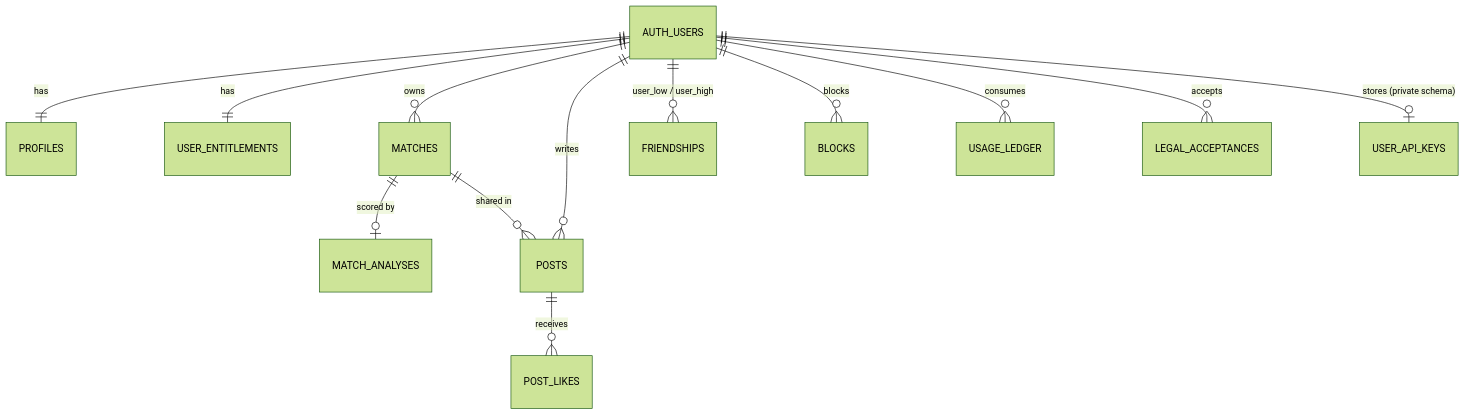
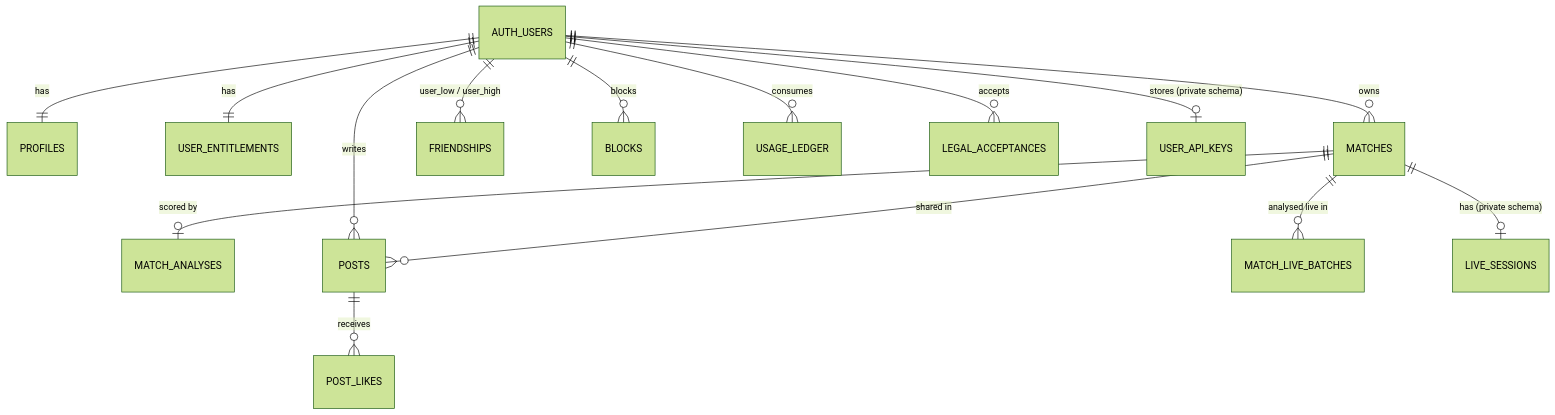
The fifth of 5 diagrams in docs/ARCHITECTURE.md (JawharSas/MatiQ), drawn with Mermaid (forest theme) before and after one commit. The commit also changed other lines of this file and 48 other files, not shown here.

````diff
--- a/docs/ARCHITECTURE.md
+++ b/docs/ARCHITECTURE.md
@@ -134,15 +190,17 @@
 ```mermaid
 erDiagram
   AUTH_USERS ||--|| PROFILES : has
   AUTH_USERS ||--|| USER_ENTITLEMENTS : has
   AUTH_USERS ||--o{ MATCHES : owns
   MATCHES ||--o| MATCH_ANALYSES : "scored by"
   AUTH_USERS ||--o{ POSTS : writes
   MATCHES ||--o{ POSTS : "shared in"
   POSTS ||--o{ POST_LIKES : receives
   AUTH_USERS ||--o{ FRIENDSHIPS : "user_low / user_high"
   AUTH_USERS ||--o{ BLOCKS : blocks
   AUTH_USERS ||--o{ USAGE_LEDGER : consumes
   AUTH_USERS ||--o{ LEGAL_ACCEPTANCES : accepts
   AUTH_USERS ||--o| USER_API_KEYS : "stores (private schema)"
+  MATCHES ||--o{ MATCH_LIVE_BATCHES : "analysed live in"
+  MATCHES ||--o| LIVE_SESSIONS : "has (private schema)"
 ```
````
